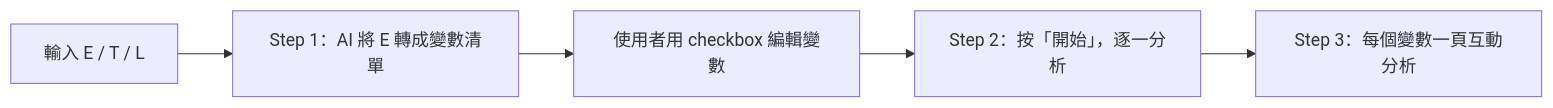
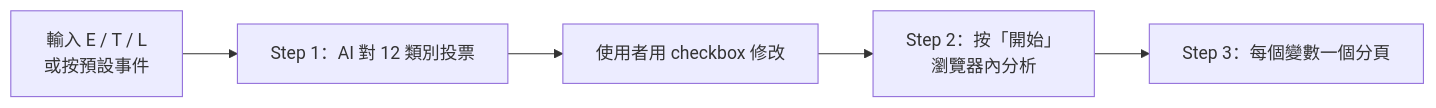
The first of 2 diagrams in SPEC.md (oliiiiiiiiii/aqua-trend), drawn with Mermaid before and after one commit. The commit also changed other lines of this file and 7 other files, not shown here.

````diff
--- a/SPEC.md
+++ b/SPEC.md
@@ -32,7 +30,7 @@
 ```mermaid
 flowchart LR
-    I[輸入 E / T / L] --> S1[Step 1：AI 將 E 轉成變數清單]
-    S1 --> C[使用者用 checkbox 編輯變數]
-    C --> S2[Step 2：按「開始」，逐一分析]
-    S2 --> S3[Step 3：每個變數一頁互動分析]
+    I[輸入 E / T / L<br/>或按預設事件] --> S1[Step 1：AI 對 12 類別投票]
+    S1 --> C[使用者用 checkbox 修改]
+    C --> S2[Step 2：按「開始」<br/>瀏覽器內分析]
+    S2 --> S3[Step 3：每個變數一個分頁]
 ```
````
